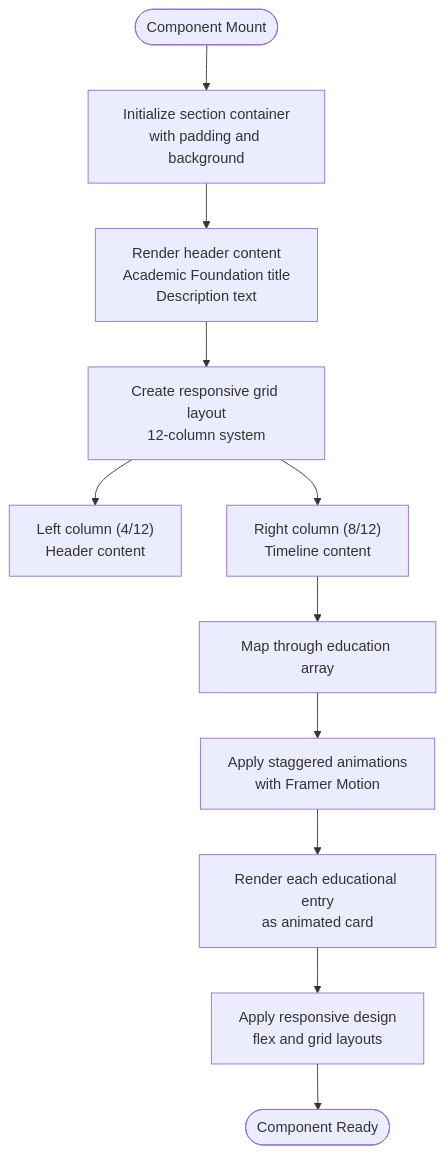
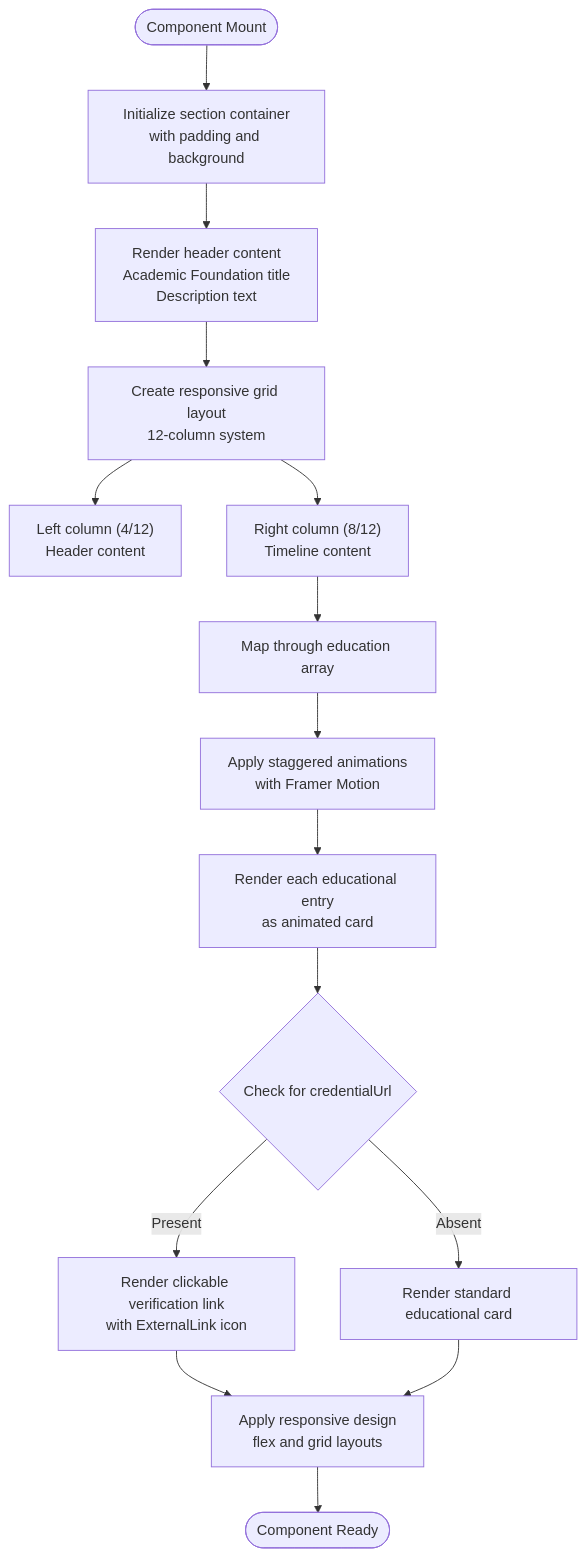
The fourth of 10 diagrams in .qoder/repowiki/en/content/Component Library & UI Elements/EducationSection Component.md (subash7781/Portfolio), drawn with Mermaid before and after one commit. The commit also changed other lines of this file and 3 other files, not shown here.

````diff
--- a/.qoder/repowiki/en/content/Component Library & UI Elements/EducationSection Component.md
+++ b/.qoder/repowiki/en/content/Component Library & UI Elements/EducationSection Component.md
@@ -168,13 +177,17 @@
 ```mermaid
 flowchart TD
 Start([Component Mount]) --> Setup["Initialize section container<br/>with padding and background"]
 Setup --> Header["Render header content<br/>Academic Foundation title<br/>Description text"]
 Header --> Grid["Create responsive grid layout<br/>12-column system"]
 Grid --> Column1["Left column (4/12)<br/>Header content"]
 Grid --> Column2["Right column (8/12)<br/>Timeline content"]
 Column2 --> MapEntries["Map through education array"]
 MapEntries --> Animation["Apply staggered animations<br/>with Framer Motion"]
 Animation --> CardLayout["Render each educational entry<br/>as animated card"]
-CardLayout --> Responsive["Apply responsive design<br/>flex and grid layouts"]
+CardLayout --> CredentialCheck{"Check for credentialUrl"}
+CredentialCheck --> |Present| VerificationLink["Render clickable verification link<br/>with ExternalLink icon"]
+CredentialCheck --> |Absent| StandardCard["Render standard educational card"]
+VerificationLink --> Responsive["Apply responsive design<br/>flex and grid layouts"]
+StandardCard --> Responsive
 Responsive --> End([Component Ready])
 ```
````
